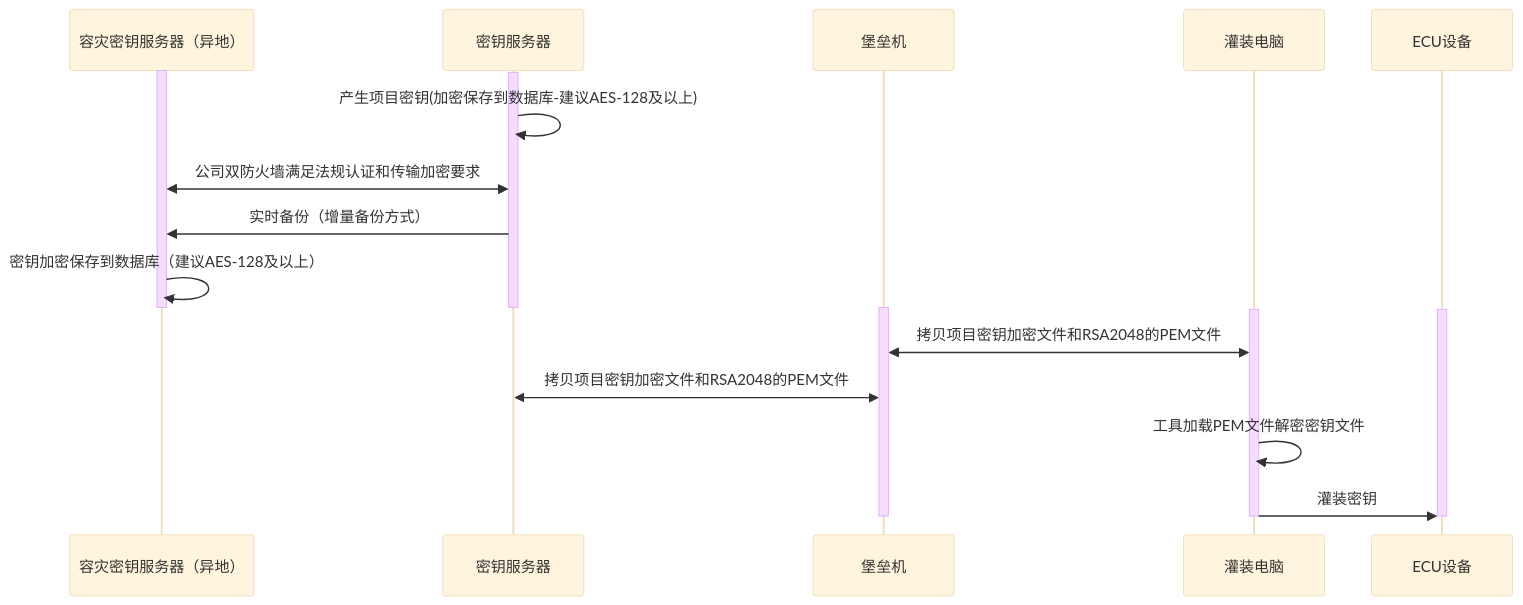
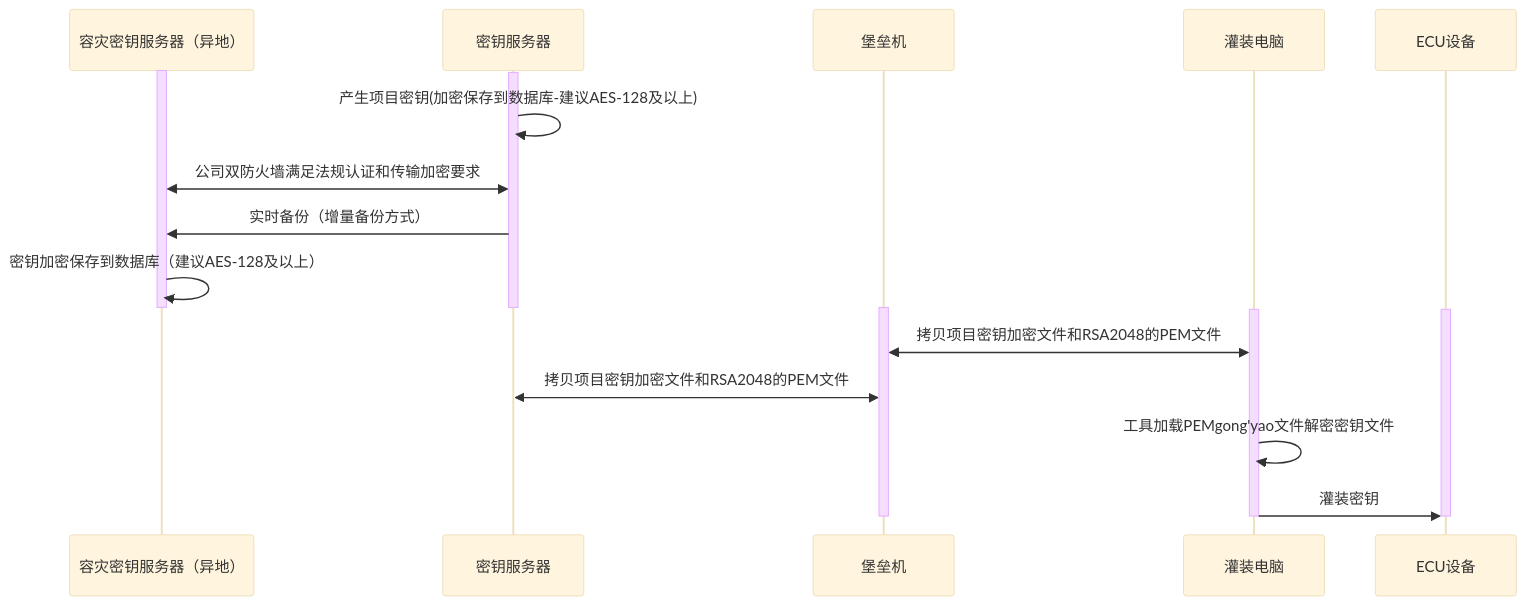
One commit to facebook-cloud/iodraw-files changed the diagram in all/未命名-15.md. Above: the diagram before and after it, drawn with Mermaid (base theme).

Commit message:
2026-02-07 11:28:53 update

````diff
--- a/all/未命名-15.md
+++ b/all/未命名-15.md
@@ -1,30 +1,30 @@
 ```mermaid
 sequenceDiagram
     participant A as 容灾密钥服务器（异地）
     participant B as 密钥服务器
     participant C as 堡垒机
     participant D as 灌装电脑
     participant E as ECU设备
 
     activate A
     activate B
     B->>B: 产生项目密钥(加密保存到数据库-建议AES-128及以上)
     A<<->>B: 公司双防火墙满足法规认证和传输加密要求
     B->>A: 实时备份（增量备份方式）
     A->>A: 密钥加密保存到数据库（建议AES-128及以上）
     deactivate B
     deactivate A
 
     activate C
     activate D
     activate E
 
     D<<->>C: 拷贝项目密钥加密文件和RSA2048的PEM文件
     C<<->>B: 拷贝项目密钥加密文件和RSA2048的PEM文件
-    D->>D:工具加载PEM文件解密密钥文件
+    D->>D:工具加载PEMgong'yao文件解密密钥文件
     D->>E: 灌装密钥
     deactivate C
     deactivate D
     deactivate E
 
 ```
````
